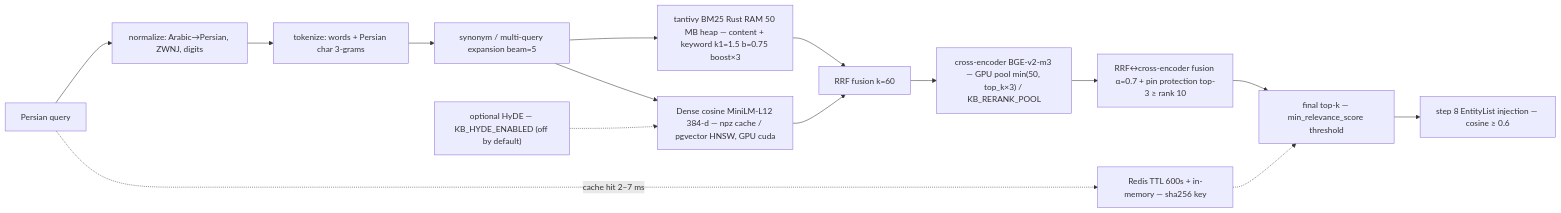
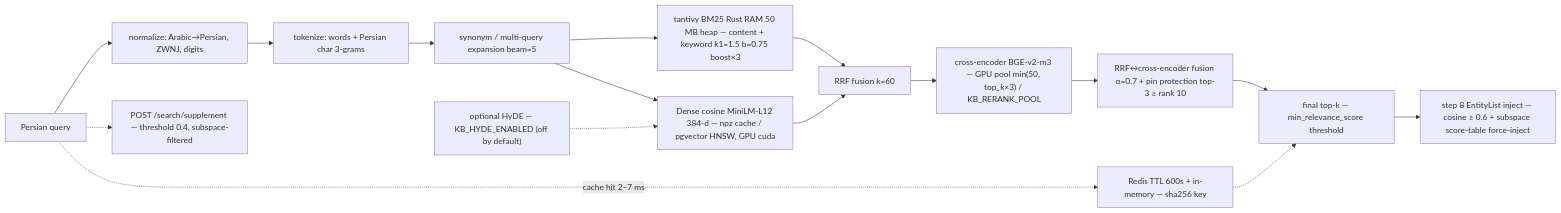
Before and after one commit to AliNikkhah2001/Work_RAG-KB: the third of 4 diagrams in README.md, drawn with Mermaid. The commit also changed other lines of this file and 4 other files, not shown here.

First line of the commit message:
feat: structured EntityLists for score tables and ضمیمه catalogs

````diff
--- a/README.md
+++ b/README.md
@@ -131,25 +133,27 @@
 ```mermaid
 flowchart LR
     Q["Persian query"]
     NORM["normalize: Arabic→Persian, ZWNJ, digits"]
     TOKEN["tokenize: words + Persian char 3-grams"]
     BEAM["synonym / multi-query expansion beam=5"]
     HYDE["optional HyDE — KB_HYDE_ENABLED (off by default)"]
     BM25["tantivy BM25 Rust RAM 50 MB heap — content + keyword k1=1.5 b=0.75 boost×3"]
     DENSE["Dense cosine MiniLM-L12 384-d — npz cache / pgvector HNSW, GPU cuda"]
     RRF["RRF fusion k=60"]
     RERANK["cross-encoder BGE-v2-m3 — GPU pool min(50, top_k×3) / KB_RERANK_POOL"]
     FUSE["RRF↔cross-encoder fusion α=0.7 + pin protection top-3 ≥ rank 10"]
     TOP["final top-k — min_relevance_score threshold"]
-    ENT["step 8 EntityList injection — cosine ≥ 0.6"]
+    ENT["step 8 EntityList inject — cosine ≥ 0.6 + subspace score-table force-inject"]
+    SUP["POST /search/supplement — threshold 0.4, subspace-filtered"]
     CACHE["Redis TTL 600s + in-memory — sha256 key"]
 
     Q --> NORM --> TOKEN --> BEAM --> BM25
     BEAM --> DENSE
     HYDE -.-> DENSE
     BM25 --> RRF
     DENSE --> RRF
     RRF --> RERANK --> FUSE --> TOP --> ENT
     Q -.->|"cache hit 2–7 ms"| CACHE
     CACHE -.-> TOP
+    Q -.-> SUP
 ```
````
